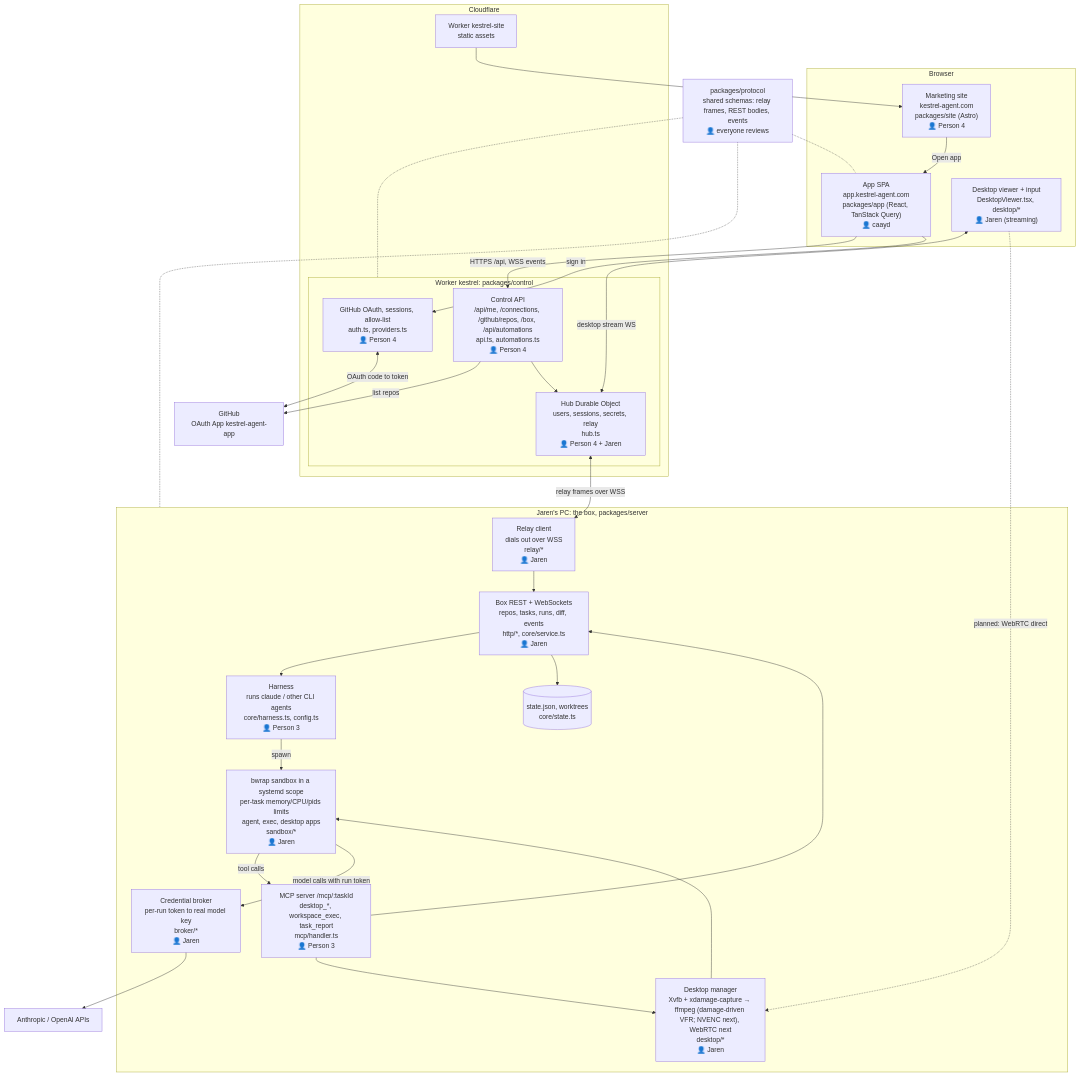
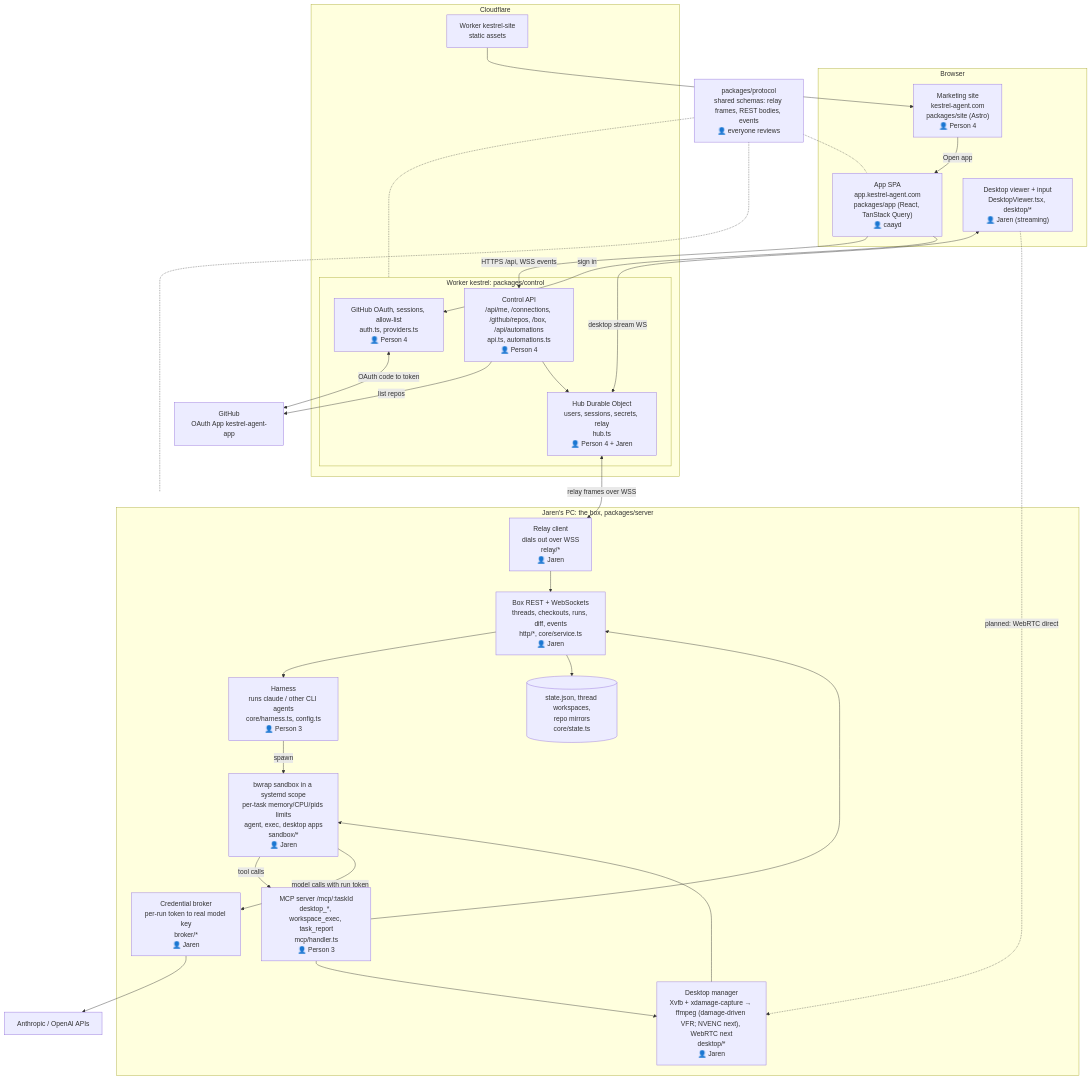
Before and after one commit to StinkyCat0/kestrel: the diagram in docs/architecture.md, drawn with Mermaid. The commit also changed other lines of this file and 84 other files, not shown here.

First line of the commit message:
Chat-first threads: no repo by default, agent checks repos out on demand, global thread list (#55)

````diff
--- a/docs/architecture.md
+++ b/docs/architecture.md
@@ -3,58 +3,58 @@
 ```mermaid
 flowchart TB
   subgraph Browser["Browser"]
     SITE["Marketing site<br/>kestrel-agent.com<br/>packages/site (Astro)<br/>👤 Person 4"]
     APP["App SPA<br/>app.kestrel-agent.com<br/>packages/app (React, TanStack Query)<br/>👤 caayd"]
     VIEW["Desktop viewer + input<br/>DesktopViewer.tsx, desktop/*<br/>👤 Jaren (streaming)"]
   end
 
   subgraph CF["Cloudflare"]
     SITEW["Worker kestrel-site<br/>static assets"]
     subgraph CTRL["Worker kestrel: packages/control"]
       AUTH["GitHub OAuth, sessions, allow-list<br/>auth.ts, providers.ts<br/>👤 Person 4"]
       API["Control API<br/>/api/me, /connections, /github/repos, /box, /api/automations<br/>api.ts, automations.ts<br/>👤 Person 4"]
       HUB["Hub Durable Object<br/>users, sessions, secrets, relay<br/>hub.ts<br/>👤 Person 4 + Jaren"]
     end
   end
 
   GH["GitHub<br/>OAuth App kestrel-agent-app"]
 
   subgraph PC["Jaren's PC: the box, packages/server"]
     RELAY["Relay client<br/>dials out over WSS<br/>relay/*<br/>👤 Jaren"]
-    REST["Box REST + WebSockets<br/>repos, tasks, runs, diff, events<br/>http/*, core/service.ts<br/>👤 Jaren"]
+    REST["Box REST + WebSockets<br/>threads, checkouts, runs, diff, events<br/>http/*, core/service.ts<br/>👤 Jaren"]
     HARN["Harness<br/>runs claude / other CLI agents<br/>core/harness.ts, config.ts<br/>👤 Person 3"]
     MCP["MCP server /mcp/:taskId<br/>desktop_*, workspace_exec, task_report<br/>mcp/handler.ts<br/>👤 Person 3"]
     BROKER["Credential broker<br/>per-run token to real model key<br/>broker/*<br/>👤 Jaren"]
     SB["bwrap sandbox in a systemd scope<br/>per-task memory/CPU/pids limits<br/>agent, exec, desktop apps<br/>sandbox/*<br/>👤 Jaren"]
     DESK["Desktop manager<br/>Xvfb + xdamage-capture → ffmpeg (damage-driven VFR; NVENC next), WebRTC next<br/>desktop/*<br/>👤 Jaren"]
-    STATE[("state.json, worktrees<br/>core/state.ts")]
+    STATE[("state.json, thread workspaces,<br/>repo mirrors<br/>core/state.ts")]
   end
 
   LLM["Anthropic / OpenAI APIs"]
 
   SITE -->|Open app| APP
   SITEW --> SITE
   APP -->|HTTPS /api, WSS events| API
   APP -->|sign in| AUTH
   AUTH <-->|OAuth code to token| GH
   API -->|list repos| GH
   API --> HUB
   HUB <-->|relay frames over WSS| RELAY
   VIEW <-->|desktop stream WS| HUB
   VIEW -.->|planned: WebRTC direct| DESK
   RELAY --> REST
   REST --> HARN
   REST --> STATE
   HARN -->|spawn| SB
   SB -->|tool calls| MCP
   SB -->|model calls with run token| BROKER
   BROKER --> LLM
   MCP --> DESK
   MCP --> REST
   DESK --> SB
 
   PROTO["packages/protocol<br/>shared schemas: relay frames, REST bodies, events<br/>👤 everyone reviews"]
   PROTO -.- APP
   PROTO -.- CTRL
   PROTO -.- PC
 ```
````
